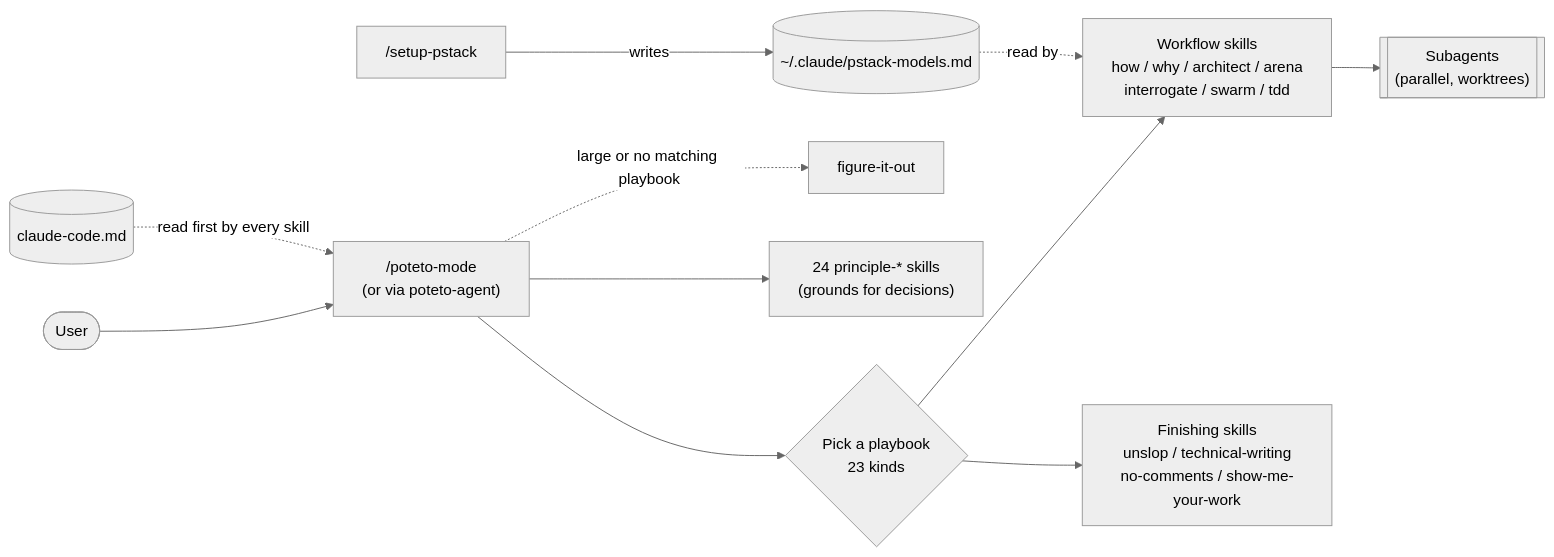
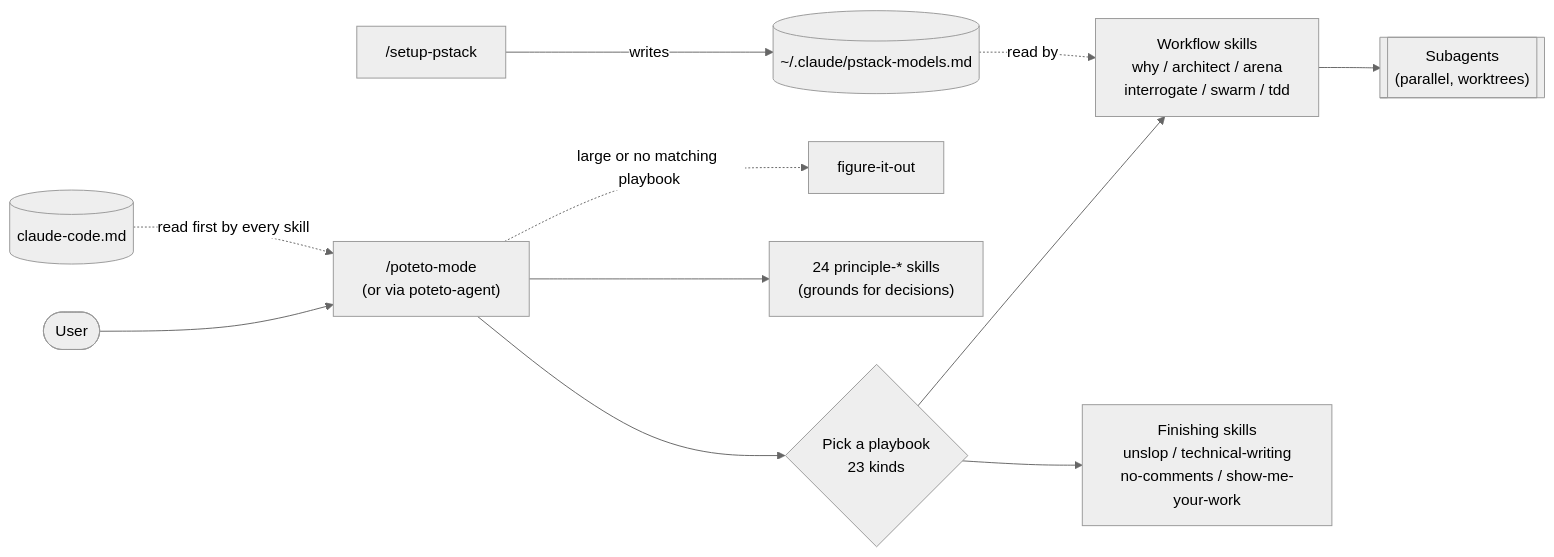
One commit to souljazzfunk/lab changed the first of 12 diagrams in pstack-cc/docs/skill-map.en.md. Above: the diagram before and after it, drawn with Mermaid (neutral theme). The commit also changed other lines of this file and 116 other files, not shown here.

First line of the commit message:
pstack: 上流 bf0c7cd に追従し、新しい既定モデルと how/why の簡素化に合わせる (#83)

````diff
--- a/pstack-cc/docs/skill-map.en.md
+++ b/pstack-cc/docs/skill-map.en.md
@@ -11,13 +11,13 @@
 ```mermaid
 flowchart LR
   U([User]) --> PM["/poteto-mode<br/>(or via poteto-agent)"]
   PM --> PB{"Pick a playbook<br/>23 kinds"}
   PM -. large or no matching playbook .-> FIO["figure-it-out"]
-  PB --> WF["Workflow skills<br/>how / why / architect / arena<br/>interrogate / swarm / tdd"]
+  PB --> WF["Workflow skills<br/>why / architect / arena<br/>interrogate / swarm / tdd"]
   PB --> Q["Finishing skills<br/>unslop / technical-writing<br/>no-comments / show-me-your-work"]
   PM --> PR["24 principle-* skills<br/>(grounds for decisions)"]
   WF --> SA[["Subagents<br/>(parallel, worktrees)"]]
   SP["/setup-pstack"] -->|writes| CFG[("~/.claude/pstack-models.md")]
   CFG -.read by.-> WF
   CC[("claude-code.md")] -.read first by every skill.-> PM
 ```
````
